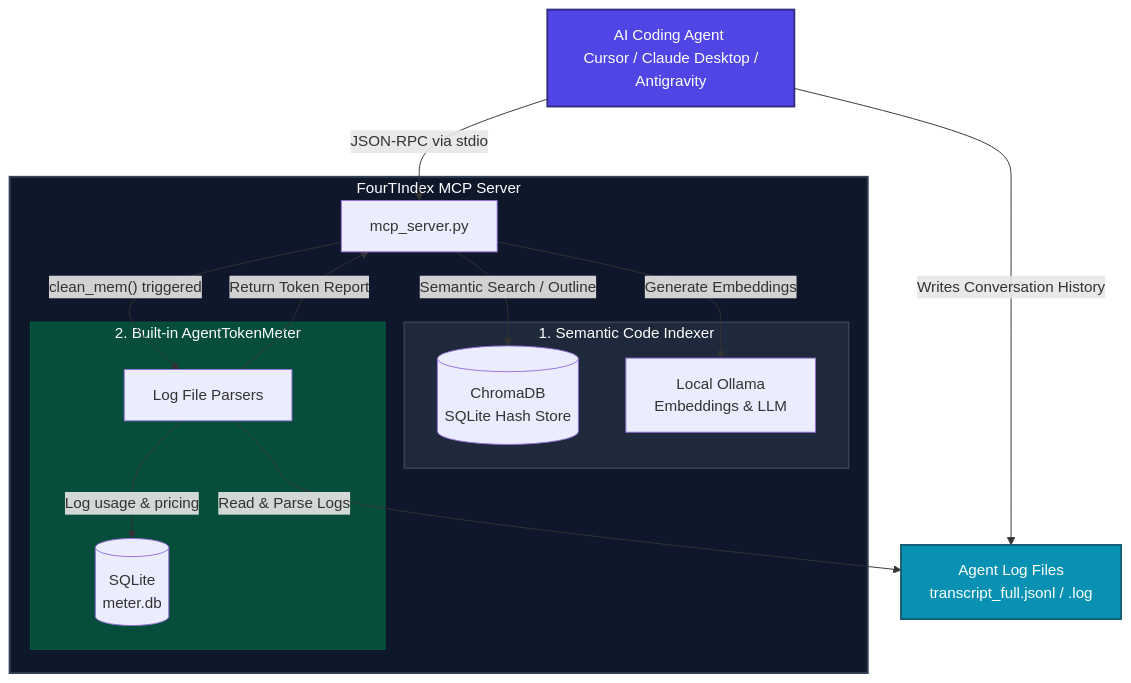
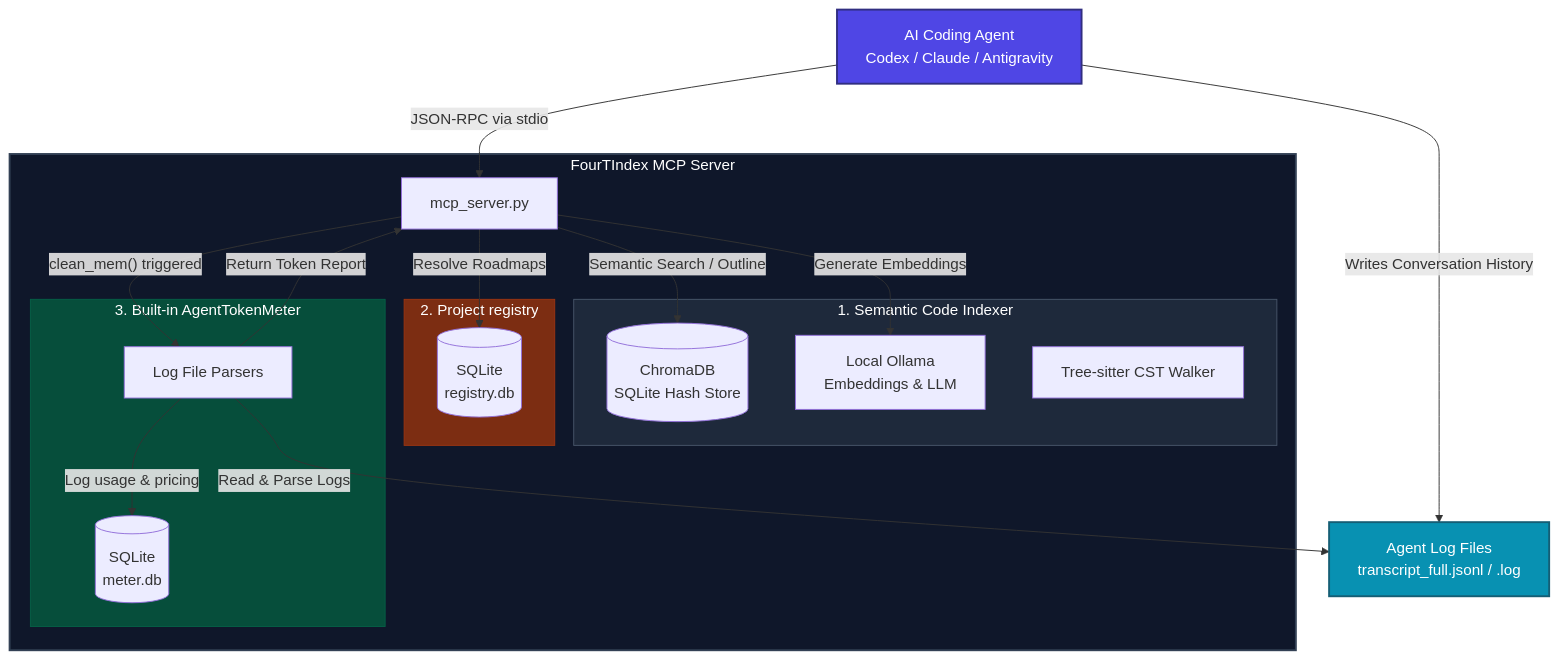
The diagram in README.md (Chunn241529/FourTIndex), drawn with Mermaid before and after one commit. The commit also changed other lines of this file and 32 other files, not shown here.

````diff
--- a/README.md
+++ b/README.md
@@ -46,41 +49,48 @@
 ```mermaid
 graph TD
     %% 1. Clients
-    Agent[AI Coding Agent <br/> Cursor / Claude Desktop / Antigravity]
+    Agent[AI Coding Agent <br/> Codex / Claude / Antigravity]
     
     %% 2. MCP Server
     subgraph Server ["FourTIndex MCP Server"]
         M_Server[mcp_server.py]
         
         subgraph Core ["1. Semantic Code Indexer"]
             DB_Chroma[(ChromaDB <br/> SQLite Hash Store)]
             Ollama[Local Ollama <br/> Embeddings & LLM]
+            TS_Parser[Tree-sitter CST Walker]
         end
         
-        subgraph Meter ["2. Built-in AgentTokenMeter"]
+        subgraph Registry ["2. Project registry"]
+            DB_Reg[(SQLite <br/> registry.db)]
+        end
+        
+        subgraph Meter ["3. Built-in AgentTokenMeter"]
             Log_Read[Log File Parsers]
             DB_Meter[(SQLite <br/> meter.db)]
         end
     end
     
     %% 3. Log files (External to server, written by agents)
     Agent_Logs[Agent Log Files <br/> transcript_full.jsonl / .log]
     
     %% Connections for Indexing
     Agent -- "JSON-RPC via stdio" --> M_Server
     M_Server -->|"Semantic Search / Outline"| DB_Chroma
     M_Server -->|"Generate Embeddings"| Ollama
+    M_Server -->|"Resolve Roadmaps"| DB_Reg
     
     %% Connections for Token Meter
     Agent -->|"Writes Conversation History"| Agent_Logs
     M_Server -->|"clean_mem() triggered"| Log_Read
     Log_Read -->|"Read & Parse Logs"| Agent_Logs
     Log_Read -->|"Log usage & pricing"| DB_Meter
     Log_Read -->|"Return Token Report"| M_Server
     
     style Agent fill:#4F46E5,stroke:#312E81,stroke-width:2px,color:#fff
     style Server fill:#0F172A,stroke:#334155,stroke-width:2px,color:#fff
     style Core fill:#1E293B,stroke:#475569,stroke-width:1px,color:#fff
+    style Registry fill:#7c2d12,stroke:#9a3412,stroke-width:1px,color:#fff
     style Meter fill:#064E3B,stroke:#065F46,stroke-width:1px,color:#fff
     style Agent_Logs fill:#0891B2,stroke:#155E75,stroke-width:2px,color:#fff
 ```
````
